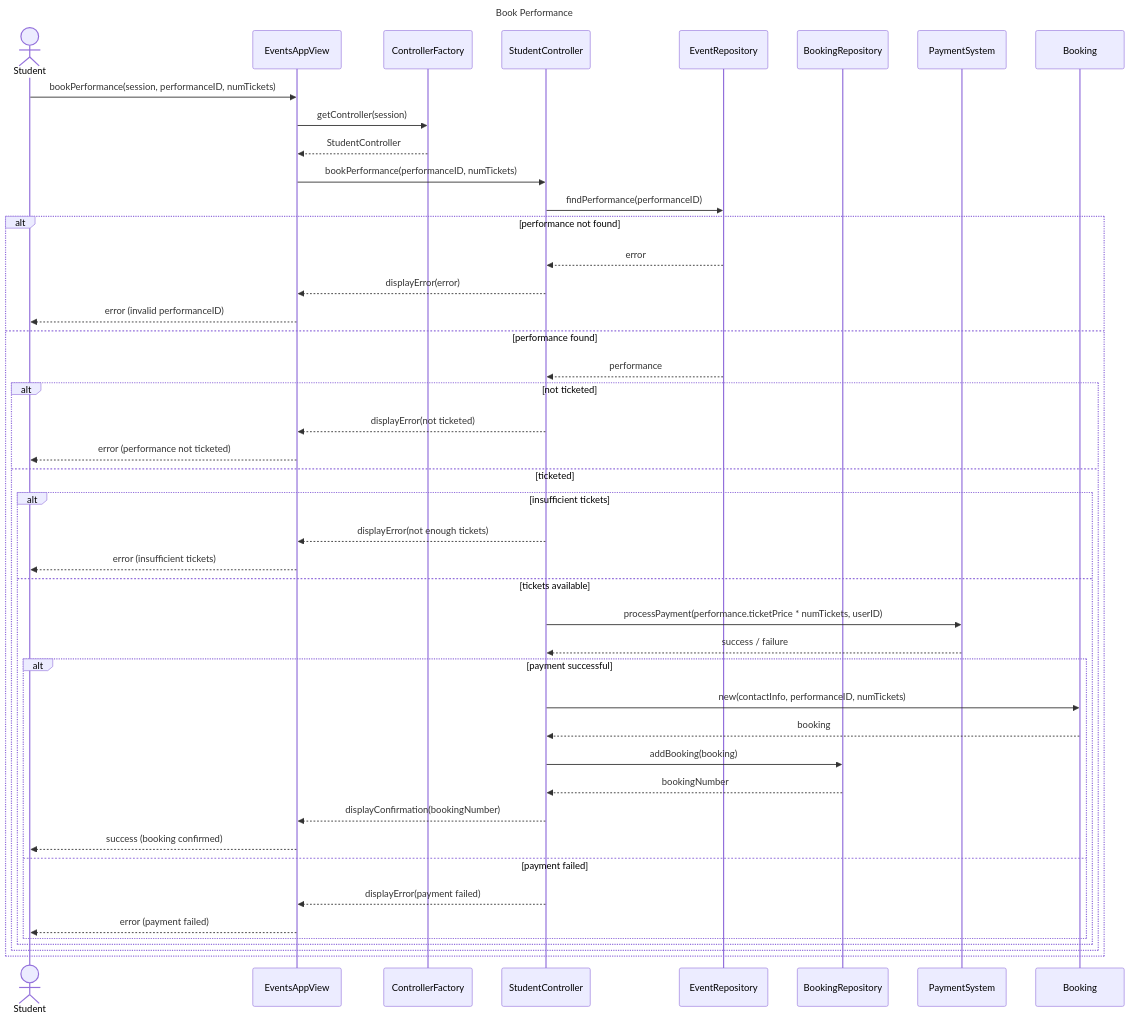
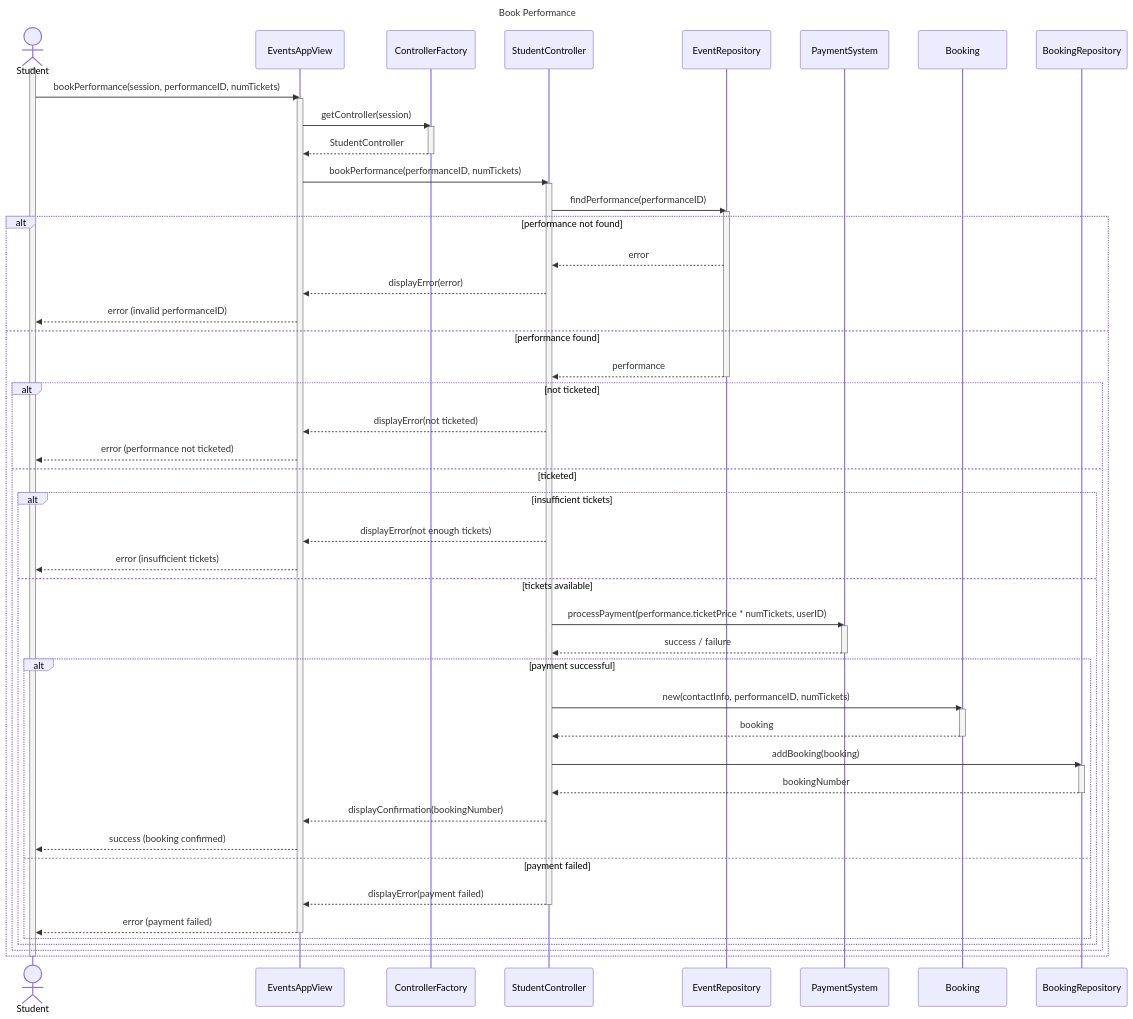
The diagram in CW2/Task4_book_performance.mmd (Inf2-SEPP-CW-2026/CourseWork), drawn with Mermaid before and after one commit. The commit also changed 2 other files, not shown here.

```diff
--- a/CW2/Task4_book_performance.mmd
+++ b/CW2/Task4_book_performance.mmd
@@ -1,54 +1,71 @@
 ---
 config:
   layout: elk
 ---
 
 sequenceDiagram
 title Book Performance
 
 actor Student
 participant EventsAppView
 participant ControllerFactory
 participant StudentController
 participant EventRepository
-participant BookingRepository
 participant PaymentSystem
 participant Booking
+participant BookingRepository
 
+activate Student
 Student ->> EventsAppView: bookPerformance(session, performanceID, numTickets)
+activate EventsAppView
 EventsAppView ->> ControllerFactory: getController(session)
+activate  ControllerFactory
 ControllerFactory -->> EventsAppView: StudentController
+deactivate ControllerFactory
 
 EventsAppView ->> StudentController: bookPerformance(performanceID, numTickets)
+activate StudentController
 
 StudentController ->> EventRepository: findPerformance(performanceID)
+activate EventRepository
 alt performance not found
     EventRepository -->> StudentController: error
     StudentController -->> EventsAppView: displayError(error)
     EventsAppView -->> Student: error (invalid performanceID)
 else performance found
     EventRepository -->> StudentController: performance
+    deactivate EventRepository
     alt not ticketed
         StudentController -->> EventsAppView: displayError(not ticketed)
         EventsAppView -->> Student: error (performance not ticketed)
     else ticketed
         alt insufficient tickets
             StudentController -->> EventsAppView: displayError(not enough tickets)
             EventsAppView -->> Student: error (insufficient tickets)
         else tickets available
             StudentController ->> PaymentSystem: processPayment(performance.ticketPrice * numTickets, userID)
+            activate PaymentSystem
             PaymentSystem -->> StudentController: success / failure
+            deactivate PaymentSystem
             alt payment successful
                 StudentController ->> Booking: new(contactInfo, performanceID, numTickets)
+                activate Booking
                 Booking -->> StudentController: booking
+                deactivate Booking
                 StudentController ->> BookingRepository: addBooking(booking)
+                activate BookingRepository
                 BookingRepository -->> StudentController: bookingNumber
+                deactivate BookingRepository
                 StudentController -->> EventsAppView: displayConfirmation(bookingNumber)
                 EventsAppView -->> Student: success (booking confirmed)
             else payment failed
                 StudentController -->> EventsAppView: displayError(payment failed)
+                deactivate StudentController
                 EventsAppView -->> Student: error (payment failed)
+                deactivate EventsAppView
             end
         end
     end
 end
+
+deactivate Student
```
